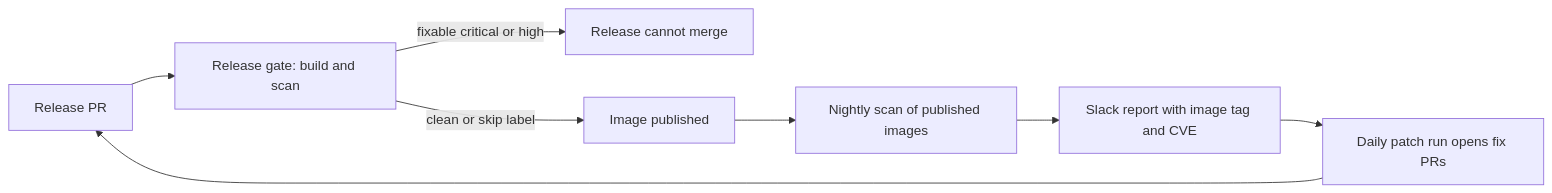
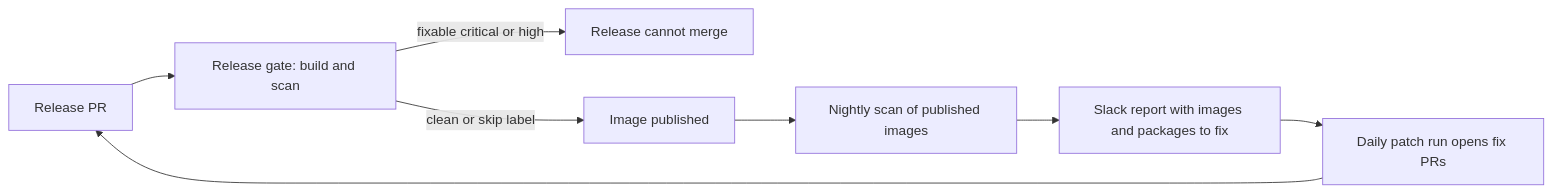
One commit to Unique-AG/connectors changed the first of 4 diagrams in docs/security/image-vulnerabilities.md. Above: the diagram before and after it, drawn with Mermaid. The commit also changed other lines of this file, not shown here.

Commit message:
docs(main): describe the Slack report as images and packages to fix

````diff
--- a/docs/security/image-vulnerabilities.md
+++ b/docs/security/image-vulnerabilities.md
@@ -8,10 +8,10 @@
 ```mermaid
 flowchart LR
   releasePr[Release PR] --> gate["Release gate: build and scan"]
   gate -->|fixable critical or high| stop[Release cannot merge]
   gate -->|clean or skip label| publish[Image published]
   publish --> scan[Nightly scan of published images]
-  scan --> slack[Slack report with image tag and CVE]
+  scan --> slack[Slack report with images and packages to fix]
   slack --> patch[Daily patch run opens fix PRs]
   patch --> releasePr
 ```
````
